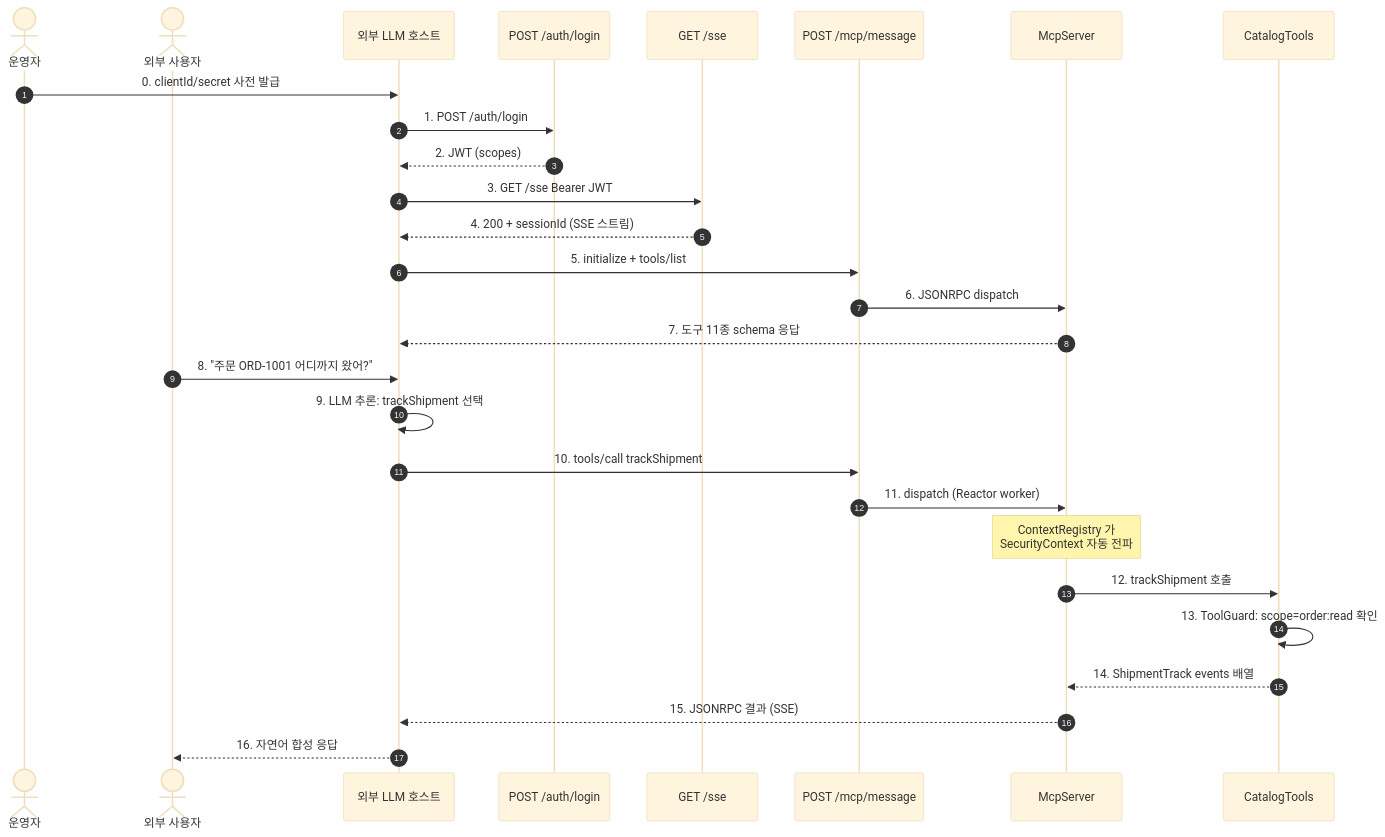
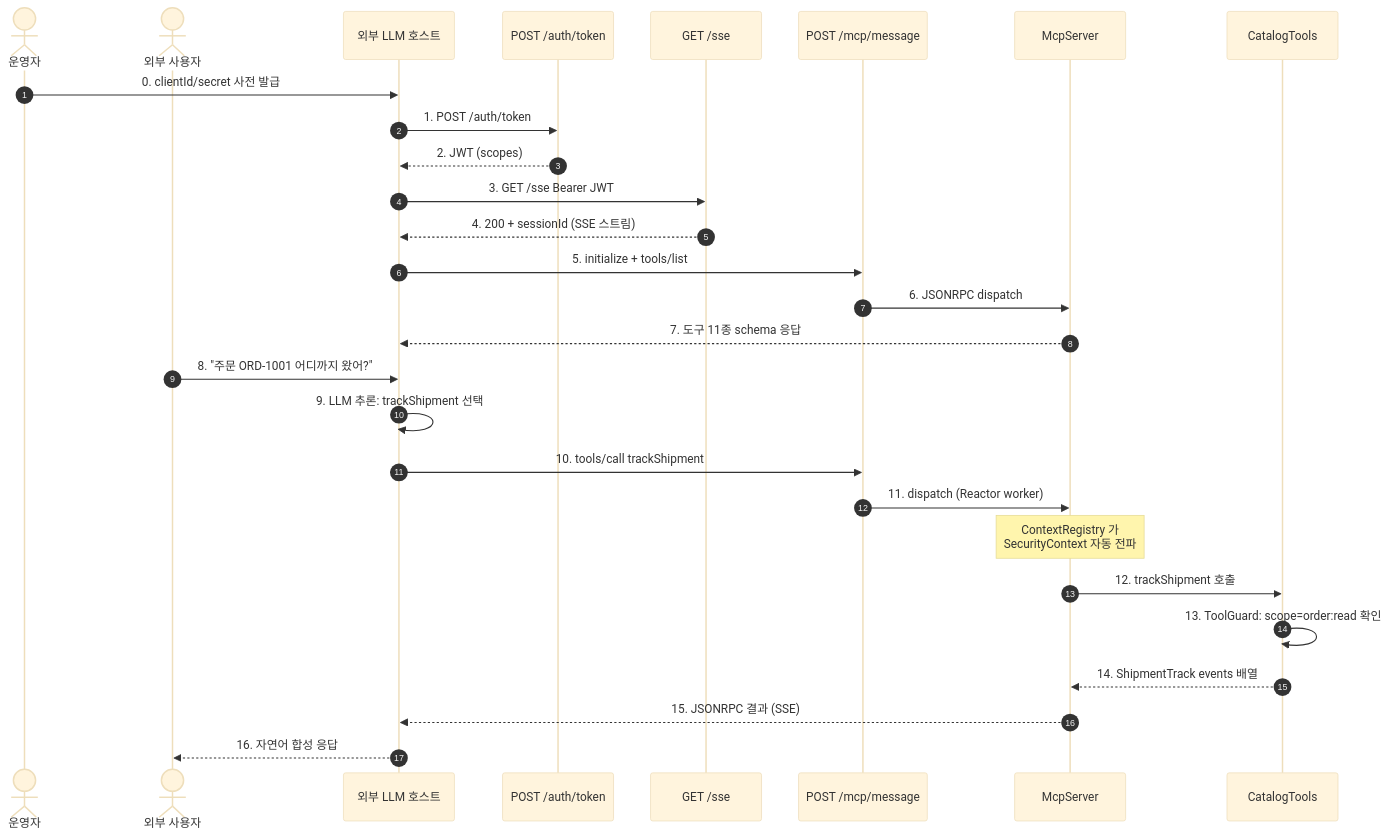
One commit to biuea3866/poc-project changed the third of 3 diagrams in spring-ai-practice/docs/architecture.md. Above: the diagram before and after it, drawn with Mermaid (base theme). The commit also changed other lines of this file and 17 other files, not shown here.

First line of the commit message:
refactor(spring-ai-practice): /auth/token 명칭 정리 + UI/MCP 시나리오 분리 + 모델 상향

````diff
--- a/spring-ai-practice/docs/architecture.md
+++ b/spring-ai-practice/docs/architecture.md
@@ -217,36 +217,36 @@
 ```mermaid
 sequenceDiagram
     autonumber
     actor Op as 운영자
     actor User as 외부 사용자
     participant ExtLLM as 외부 LLM 호스트
-    participant Auth as POST /auth/login
+    participant Auth as POST /auth/token
     participant SSE as GET /sse
     participant MsgEp as POST /mcp/message
     participant Mcp as McpServer
     participant Tools as CatalogTools
 
     Op->>ExtLLM: 0. clientId/secret 사전 발급
-    ExtLLM->>Auth: 1. POST /auth/login
+    ExtLLM->>Auth: 1. POST /auth/token
     Auth-->>ExtLLM: 2. JWT (scopes)
 
     ExtLLM->>SSE: 3. GET /sse Bearer JWT
     SSE-->>ExtLLM: 4. 200 + sessionId (SSE 스트림)
 
     ExtLLM->>MsgEp: 5. initialize + tools/list
     MsgEp->>Mcp: 6. JSONRPC dispatch
     Mcp-->>ExtLLM: 7. 도구 11종 schema 응답
 
     User->>ExtLLM: 8. "주문 ORD-1001 어디까지 왔어?"
     ExtLLM->>ExtLLM: 9. LLM 추론: trackShipment 선택
 
     ExtLLM->>MsgEp: 10. tools/call trackShipment
     MsgEp->>Mcp: 11. dispatch (Reactor worker)
     Note over Mcp: ContextRegistry 가<br/>SecurityContext 자동 전파
     Mcp->>Tools: 12. trackShipment 호출
     Tools->>Tools: 13. ToolGuard: scope=order:read 확인
     Tools-->>Mcp: 14. ShipmentTrack events 배열
     Mcp-->>ExtLLM: 15. JSONRPC 결과 (SSE)
 
     ExtLLM-->>User: 16. 자연어 합성 응답
 ```
````
